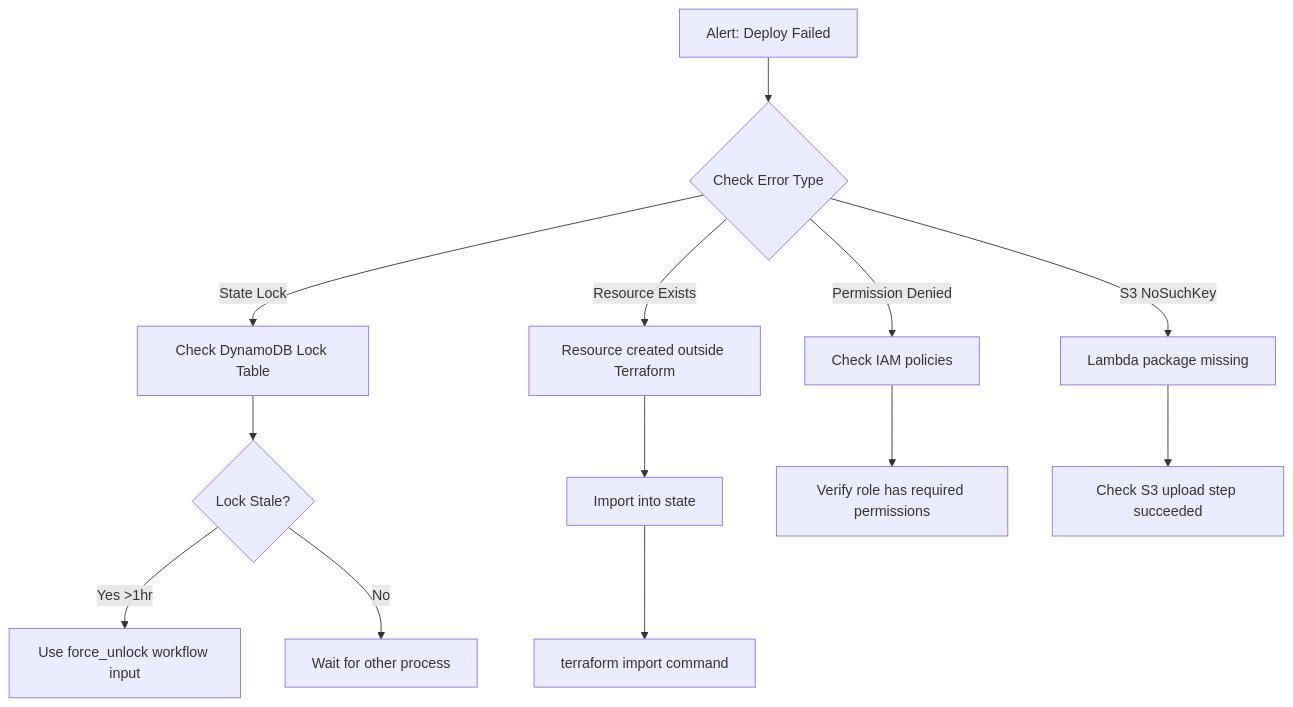
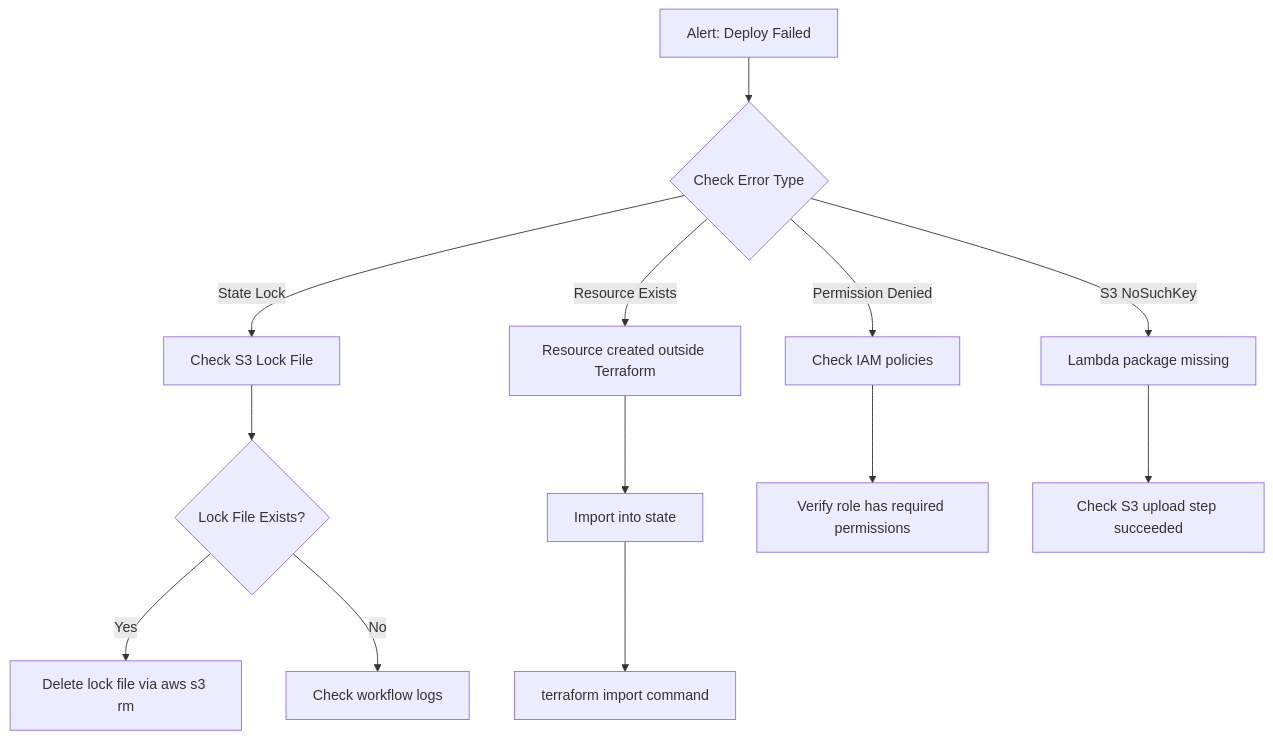
One commit to traylorre/sentiment-analyzer-gsk changed the fifth of 9 diagrams in docs/TERRAFORM_DEPLOYMENT_FLOW.md. Above: the diagram before and after it, drawn with Mermaid. The commit also changed other lines of this file and 12 other files, not shown here.

First line of the commit message:
docs: Update all diagrams and documentation for S3 native locking

````diff
--- a/docs/TERRAFORM_DEPLOYMENT_FLOW.md
+++ b/docs/TERRAFORM_DEPLOYMENT_FLOW.md
@@ -158,19 +155,19 @@
 ```mermaid
 flowchart TB
     A[Alert: Deploy Failed] --> B{Check Error Type}
 
-    B -->|State Lock| C[Check DynamoDB Lock Table]
-    C --> D{Lock Stale?}
-    D -->|Yes >1hr| E[Use force_unlock workflow input]
-    D -->|No| F[Wait for other process]
+    B -->|State Lock| C[Check S3 Lock File]
+    C --> D{Lock File Exists?}
+    D -->|Yes| E[Delete lock file via aws s3 rm]
+    D -->|No| F[Check workflow logs]
 
     B -->|Resource Exists| G[Resource created outside Terraform]
     G --> H[Import into state]
     H --> I[terraform import command]
 
     B -->|Permission Denied| J[Check IAM policies]
     J --> K[Verify role has required permissions]
 
     B -->|S3 NoSuchKey| L[Lambda package missing]
     L --> M[Check S3 upload step succeeded]
 ```
````
